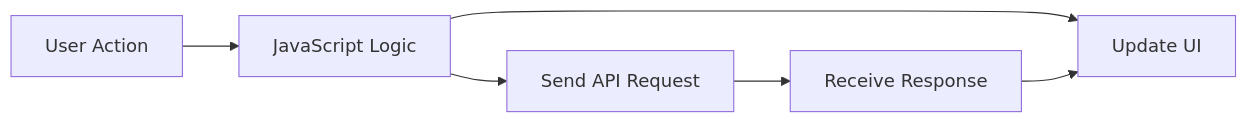
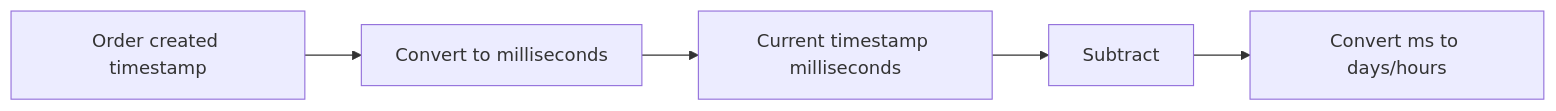
One commit to AbhishekDhone7/javascript-git-basics changed the first of 46 diagrams in JavaScript-Beginners-Guide.md. Above: the diagram before and after it, drawn with Mermaid. The commit also changed other lines of this file, not shown here.

````diff
--- a/JavaScript-Beginners-Guide.md
+++ b/JavaScript-Beginners-Guide.md
@@ -90,8 +115,7 @@
 ```mermaid
 flowchart LR
-A[User Action] --> B[JavaScript Logic]
-B --> C[Update UI]
-B --> D[Send API Request]
-D --> E[Receive Response]
-E --> C
+A[Order created timestamp] --> B[Convert to milliseconds]
+B --> C[Current timestamp milliseconds]
+C --> D[Subtract]
+D --> E[Convert ms to days/hours]
 ```
````
